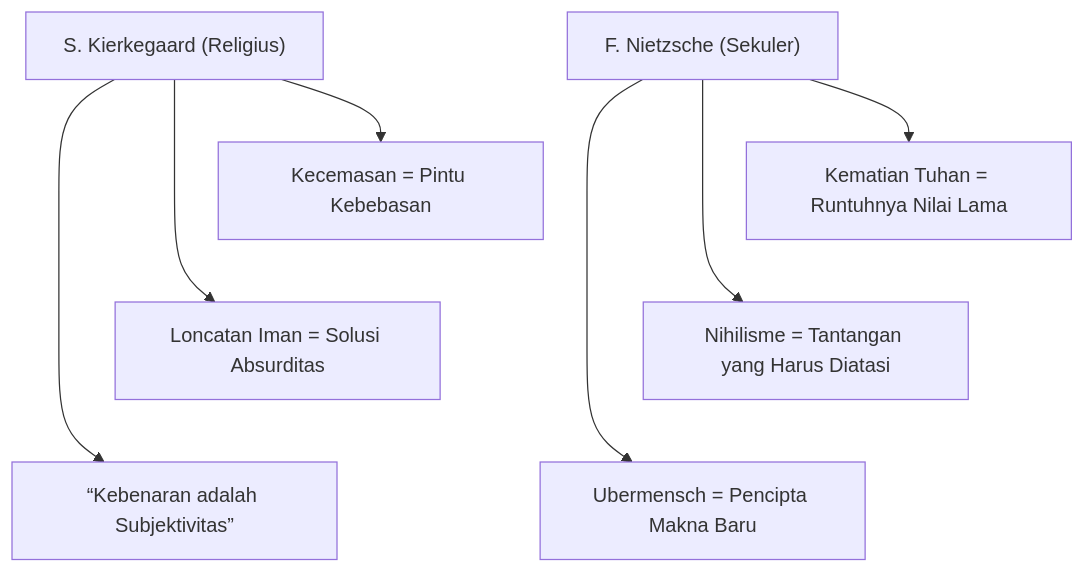
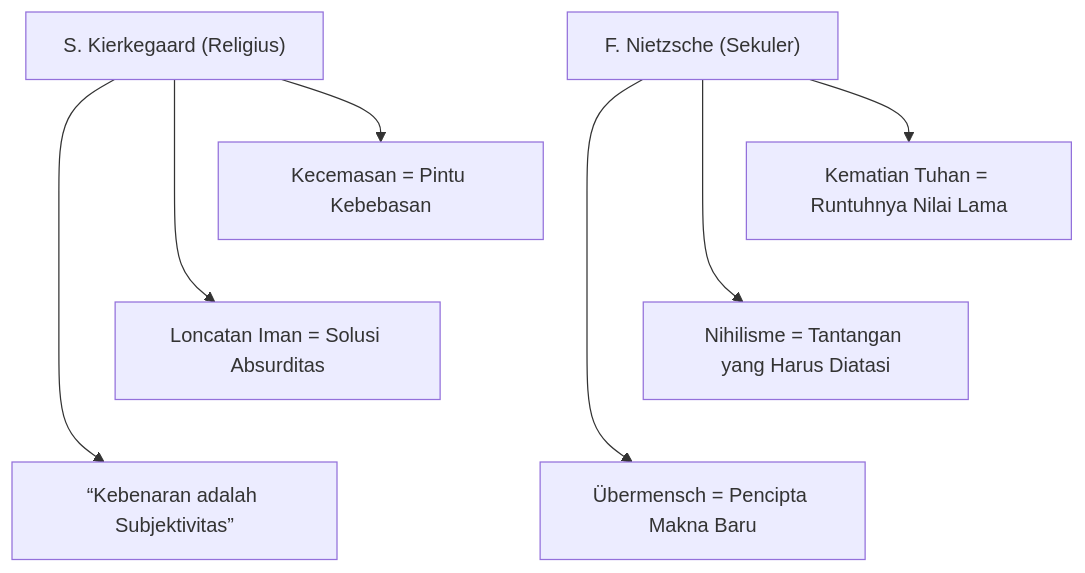
The second of 2 diagrams in books/eksistensialisme-dan-makna-hidup/src/content/02_akar-historis-kierkegaard-dan-nietzsche.md (belajarcarabelajar/dawnbook), drawn with Mermaid before and after one commit. The commit also changed other lines of this file and 12 other files, not shown here.

Commit message:
content(books): apply the audit fixes to eksistensialisme-dan-makna-hidup

````diff
--- a/books/eksistensialisme-dan-makna-hidup/src/content/02_akar-historis-kierkegaard-dan-nietzsche.md
+++ b/books/eksistensialisme-dan-makna-hidup/src/content/02_akar-historis-kierkegaard-dan-nietzsche.md
@@ -98,15 +98,15 @@
 ```mermaid
 flowchart TD
     accTitle: Akar eksistensialisme dari Kierkegaard dan Nietzsche
-    accDescr: Akar eksistensialisme bercabang dua. Cabang Kierkegaard yang religius memuat kecemasan sebagai pintu kebebasan, loncatan iman sebagai solusi absurditas, dan kebenaran adalah subjektivitas. Cabang Nietzsche yang sekuler memuat kematian Tuhan sebagai runtuhnya nilai lama, nihilisme sebagai tantangan yang harus diatasi, dan Ubermensch sebagai pencipta makna baru.
+    accDescr: Akar eksistensialisme bercabang dua. Cabang Kierkegaard yang religius memuat kecemasan sebagai pintu kebebasan, loncatan iman sebagai solusi absurditas, dan kebenaran adalah subjektivitas. Cabang Nietzsche yang sekuler memuat kematian Tuhan sebagai runtuhnya nilai lama, nihilisme sebagai tantangan yang harus diatasi, dan Übermensch sebagai pencipta makna baru.
     K["S. Kierkegaard (Religius)"]
     N["F. Nietzsche (Sekuler)"]
     K --> K1["Kecemasan = Pintu Kebebasan"]
     K --> K2["Loncatan Iman = Solusi Absurditas"]
     K --> K3["“Kebenaran adalah Subjektivitas”"]
     N --> N1["Kematian Tuhan = Runtuhnya Nilai Lama"]
     N --> N2["Nihilisme = Tantangan yang Harus Diatasi"]
-    N --> N3["Ubermensch = Pencipta Makna Baru"]
+    N --> N3["Übermensch = Pencipta Makna Baru"]
     K1 ~~~ K2 ~~~ K3
     N1 ~~~ N2 ~~~ N3
 ```
````
